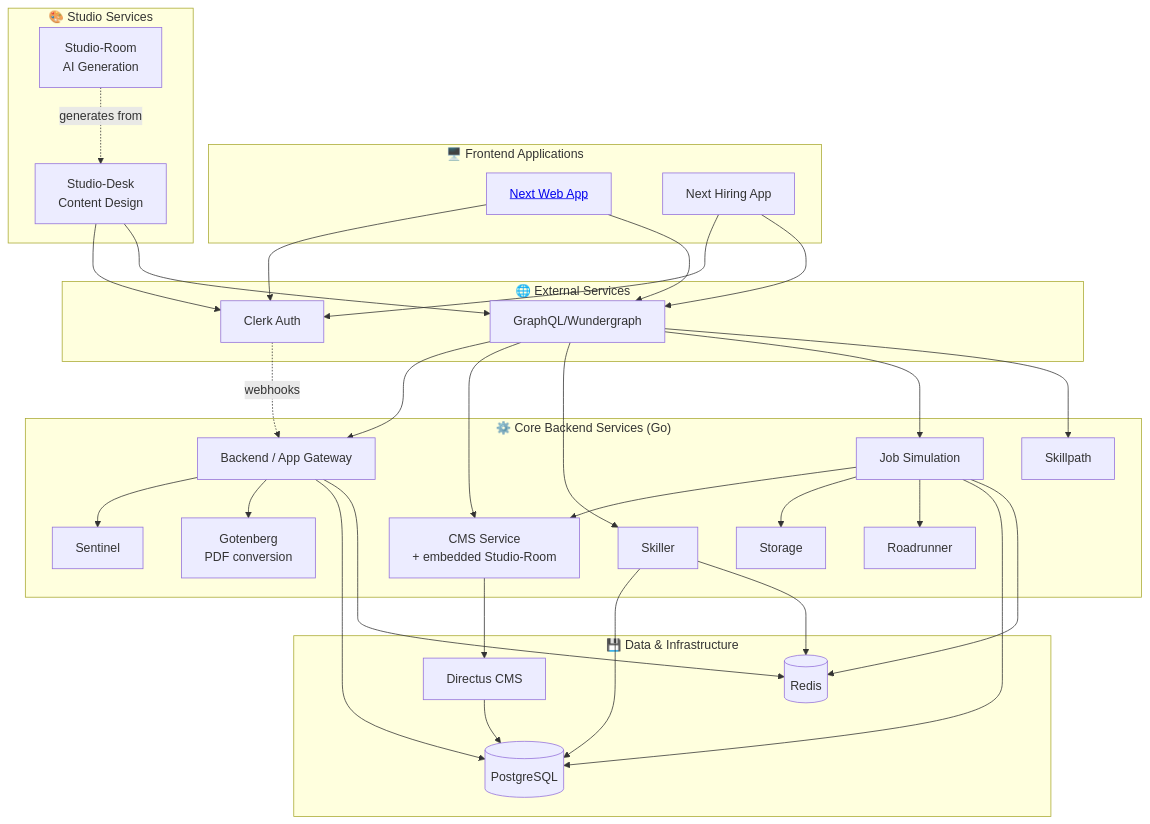
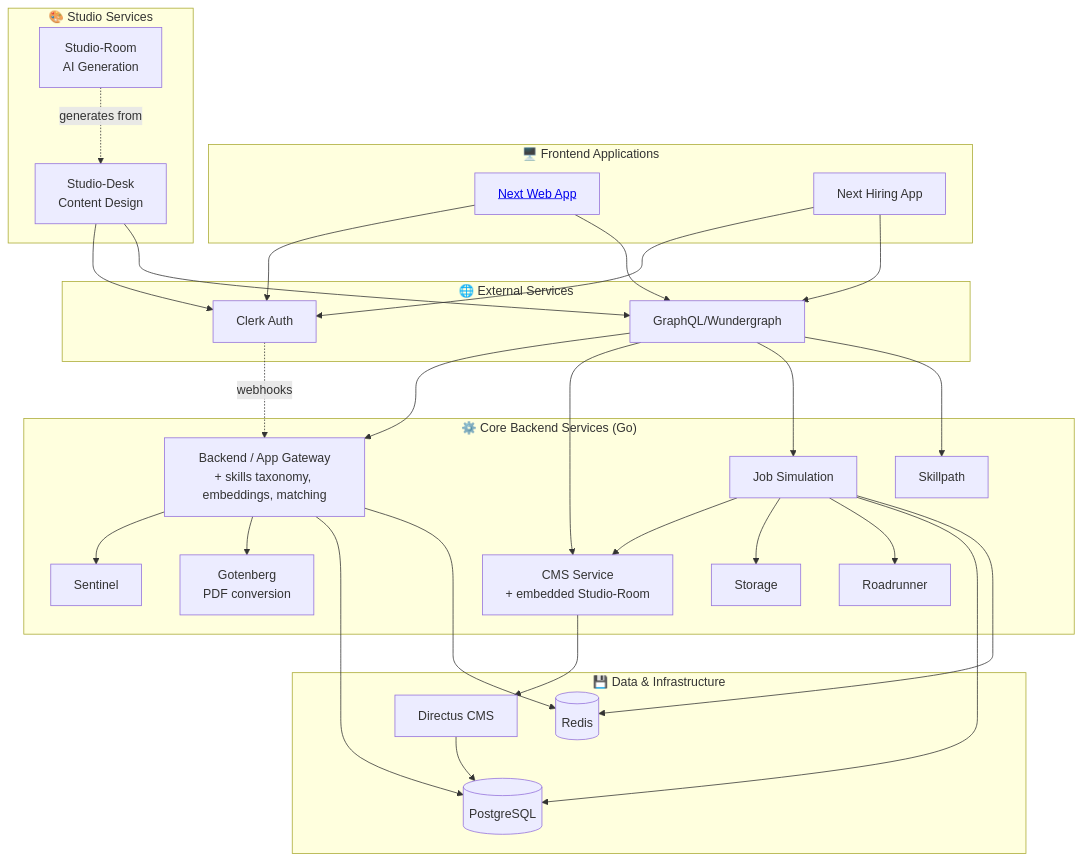
Before and after one commit to anthropos-work/rosetta: the diagram in corpus/architecture/architecture_overview.md, drawn with Mermaid. The commit also changed other lines of this file and 29 other files, not shown here.

````diff
--- a/corpus/architecture/architecture_overview.md
+++ b/corpus/architecture/architecture_overview.md
@@ -62,73 +62,69 @@
 ```mermaid
 graph TD
     subgraph External["🌐 External Services"]
         Clerk[Clerk Auth]
         GraphQL[GraphQL/Wundergraph]
     end
     
     subgraph Frontend["🖥️ Frontend Applications"]
         Web[<a href='./frontend_architecture.md'>Next Web App</a>]
         Hiring[Next Hiring App]
     end
     
     subgraph Studio["🎨 Studio Services"]
         Desk[Studio-Desk<br/>Content Design]
         Room[Studio-Room<br/>AI Generation]
     end
 
     subgraph Core["⚙️ Core Backend Services (Go)"]
-        Gateway[Backend / App Gateway]
+        Gateway[Backend / App Gateway<br/>+ skills taxonomy, embeddings, matching]
         Sentinel[Sentinel]
         CMS_Service[CMS Service<br/>+ embedded Studio-Room]
-        Skiller[Skiller]
         JobSim[Job Simulation]
         Skillpath[Skillpath]
         Storage[Storage]
         Roadrunner[Roadrunner]
         Gotenberg[Gotenberg<br/>PDF conversion]
     end
 
     subgraph Data["💾 Data & Infrastructure"]
         Postgres[(PostgreSQL)]
         Redis[(Redis)]
         Directus[Directus CMS]
     end
     
     %% Frontend connections
     Web --> Clerk
     Hiring --> Clerk
     Web --> GraphQL
     Hiring --> GraphQL
     
     %% Studio connections
     Desk --> Clerk
     Desk --> GraphQL
     Room -.->|generates from| Desk
     
-    %% GraphQL aggregation (5 subgraphs: backend, skiller, jobsimulation, cms, skillpath)
+    %% GraphQL aggregation (4 subgraphs: backend, jobsimulation, cms, skillpath)
     GraphQL --> Gateway
     GraphQL --> CMS_Service
-    GraphQL --> Skiller
     GraphQL --> JobSim
     GraphQL --> Skillpath
 
     %% Core service dependencies
     Gateway --> Sentinel
     Gateway --> Gotenberg
     CMS_Service --> Directus
     JobSim --> CMS_Service
     JobSim --> Storage
     JobSim --> Roadrunner
     
     %% Data connections
     Gateway --> Postgres
     Gateway --> Redis
-    Skiller --> Postgres
-    Skiller --> Redis
     JobSim --> Postgres
     JobSim --> Redis
     Directus --> Postgres
     
     %% Clerk integration
     Clerk -.->|webhooks| Gateway
 ```
````
